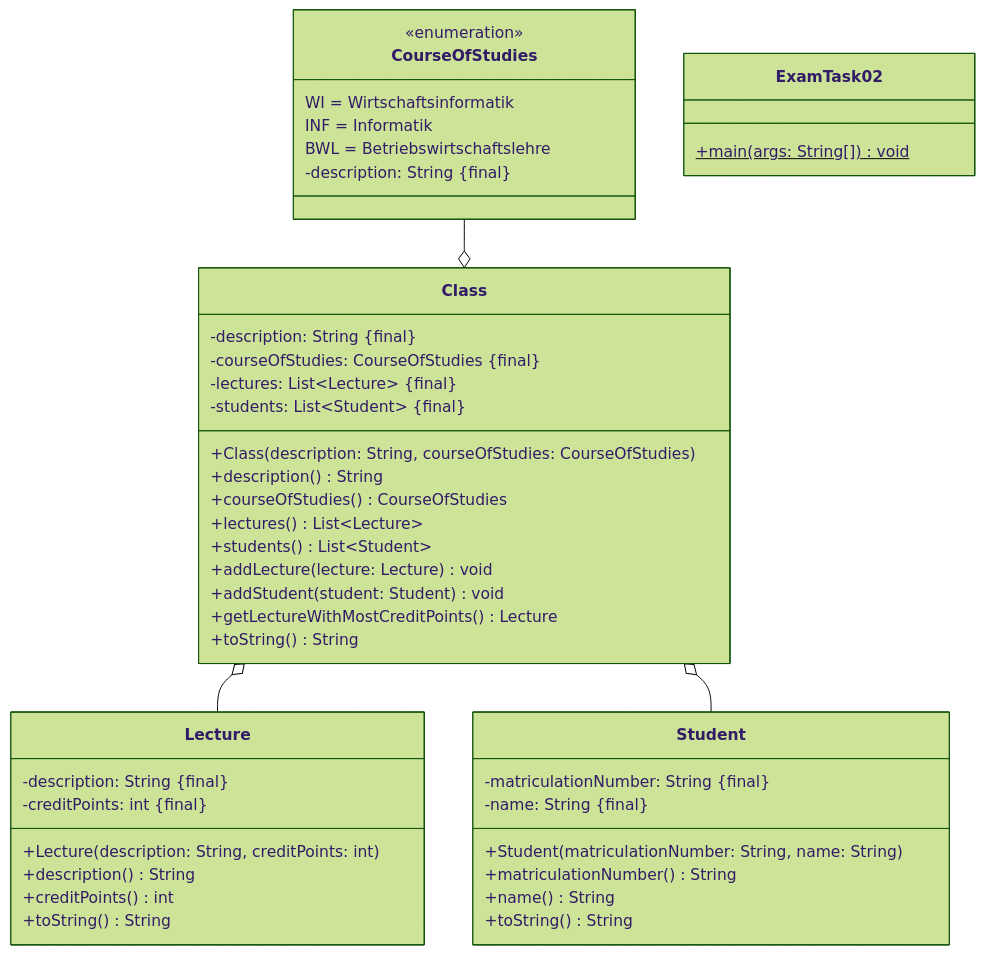
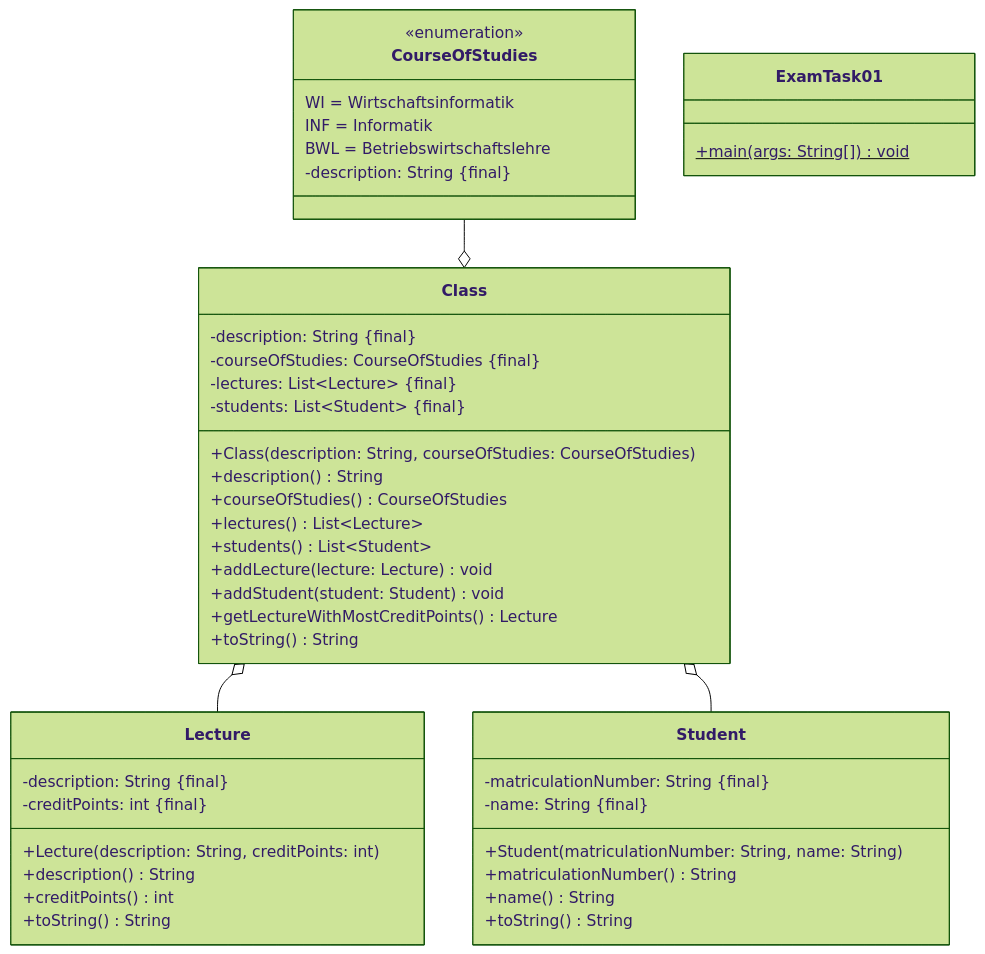
The first of 8 diagrams in docs/additional-material/daniel/java1/sample-exam.md (jappuccini/java-docs), drawn with Mermaid (forest theme) before and after one commit.

````diff
--- a/docs/additional-material/daniel/java1/sample-exam.md
+++ b/docs/additional-material/daniel/java1/sample-exam.md
@@ -35,52 +35,52 @@
 ```mermaid
 classDiagram
     Class o-- Lecture
     Class o-- Student
     CourseOfStudies --o Class
 
     class Class {
         -description: String #123;final#125;
         -courseOfStudies: CourseOfStudies #123;final#125;
         -lectures: List~Lecture~ #123;final#125;
         -students: List~Student~ #123;final#125;
         +Class(description: String, courseOfStudies: CourseOfStudies)
         +description() String
         +courseOfStudies() CourseOfStudies
         +lectures() List~Lecture~
         +students() List~Student~
         +addLecture(lecture: Lecture) void
         +addStudent(student: Student) void
         +getLectureWithMostCreditPoints() Lecture
         +toString() String
     }
 
     class Student {
         -matriculationNumber: String #123;final#125;
         -name: String #123;final#125;
         +Student(matriculationNumber: String, name: String)
         +matriculationNumber() String
         +name() String
         +toString() String
     }
 
     class Lecture {
         -description: String #123;final#125;
         -creditPoints: int #123;final#125;
         +Lecture(description: String, creditPoints: int)
         +description() String
         +creditPoints() int
         +toString() String
     }
 
     class CourseOfStudies {
         <<enumeration>>
         WI = Wirtschaftsinformatik
         INF = Informatik
         BWL = Betriebswirtschaftslehre
         -description: String #123;final#125;
     }
 
-    class ExamTask02 {
+    class ExamTask01 {
         +main(args: String[])$ void
     }
 ```
````
